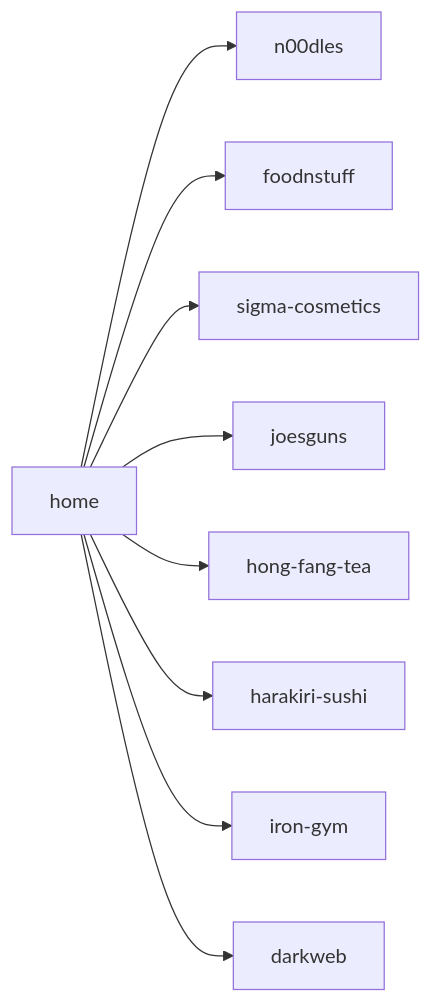
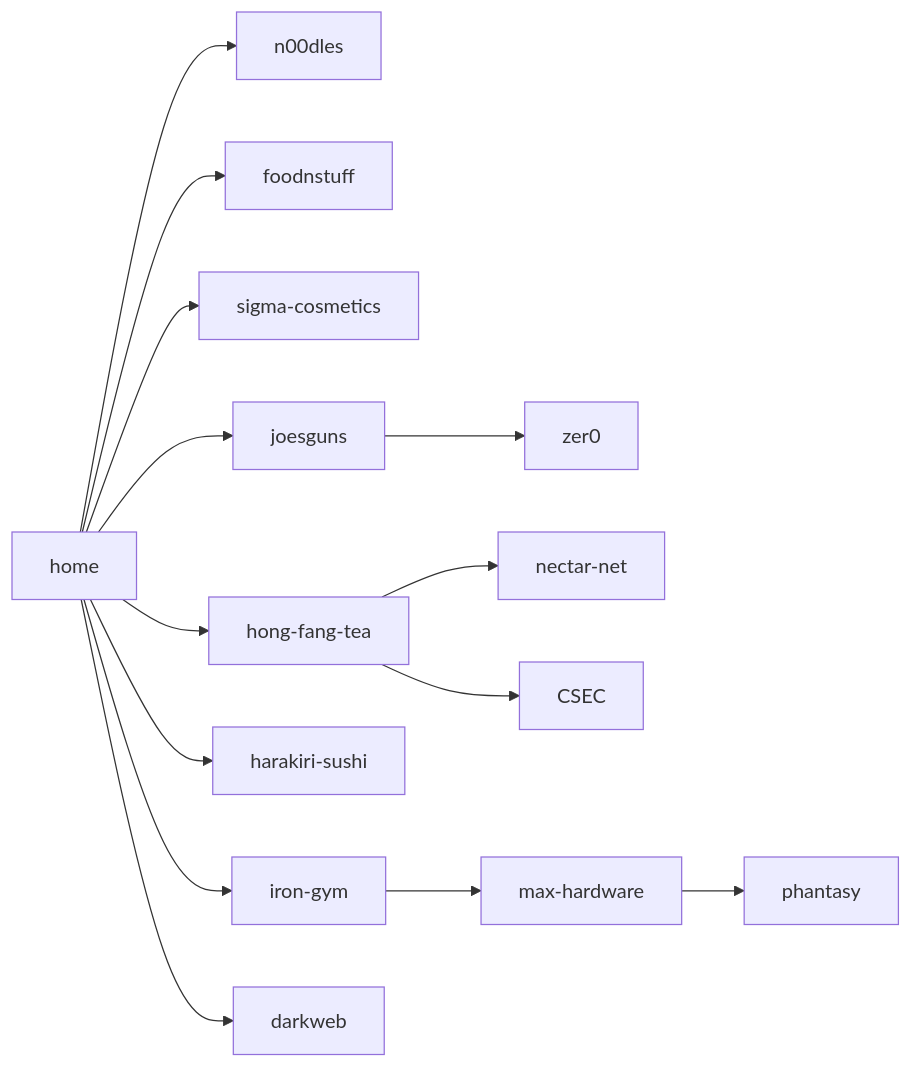
Before and after one commit to edernucci/bitburner-network-map: the diagram in README.md, drawn with Mermaid.

````diff
--- a/README.md
+++ b/README.md
@@ -3,11 +3,20 @@
 ```mermaid
 flowchart LR
   home --> n00dles
   home --> foodnstuff
   home --> sigma-cosmetics
   home --> joesguns
   home --> hong-fang-tea
   home --> harakiri-sushi
   home --> iron-gym
   home --> darkweb
+  
+  joesguns --> zer0
+  
+  hong-fang-tea --> nectar-net
+  hong-fang-tea --> CSEC
+  
+  iron-gym --> max-hardware
+  
+  max-hardware --> phantasy
 ```
````
